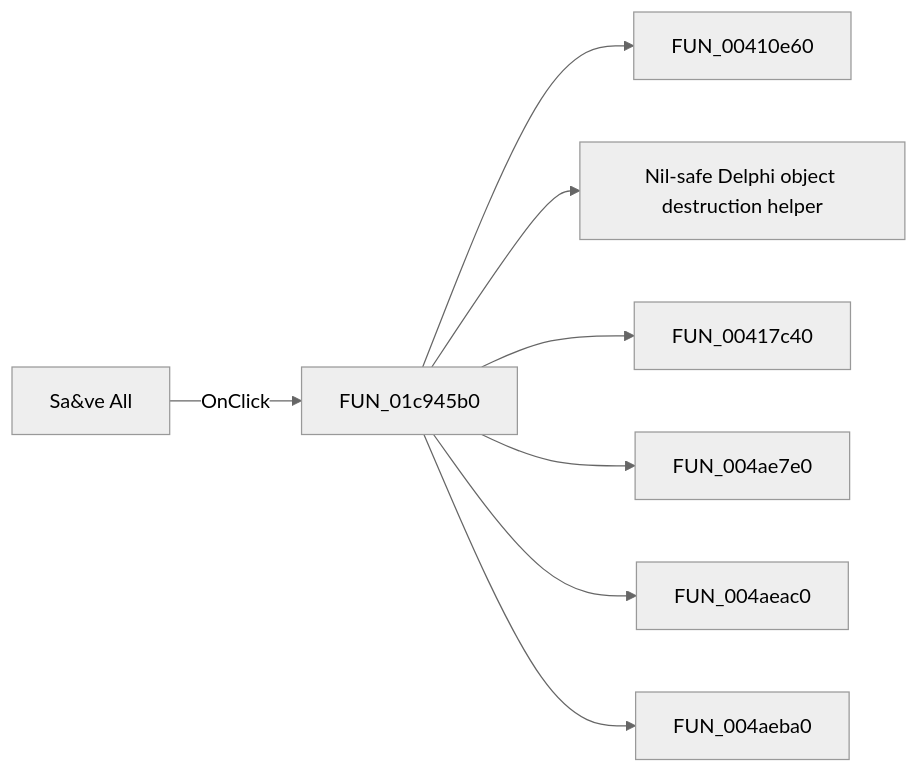
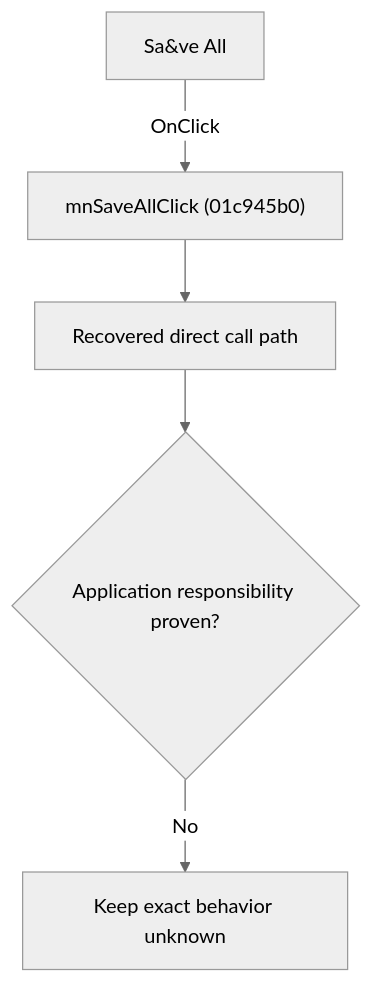
Before and after one commit to MovGP0/TIARA: the diagram in docs/ui-controls/schematiceditor/mnsaveall-8131369221.md, drawn with Mermaid (neutral theme). The commit also changed other lines of this file and 1062 other files, not shown here.

````diff
--- a/docs/ui-controls/schematiceditor/mnsaveall-8131369221.md
+++ b/docs/ui-controls/schematiceditor/mnsaveall-8131369221.md
@@ -27,10 +27,7 @@
 ```mermaid
-flowchart LR
-    control["Sa&ve All"] -->|OnClick| handler["FUN_01c945b0"]
-    handler --> call1["FUN_00410e60"]
-    handler --> call2["Nil-safe Delphi object destruction helper"]
-    handler --> call3["FUN_00417c40"]
-    handler --> call4["FUN_004ae7e0"]
-    handler --> call5["FUN_004aeac0"]
-    handler --> call6["FUN_004aeba0"]
+flowchart TD
+    control["Sa&ve All"] -->|"OnClick"| handler["mnSaveAllClick (01c945b0)"]
+    handler --> recovered["Recovered direct call path"]
+    recovered --> gap{"Application responsibility proven?"}
+    gap -->|"No"| blocked["Keep exact behavior unknown"]
 ```
````
